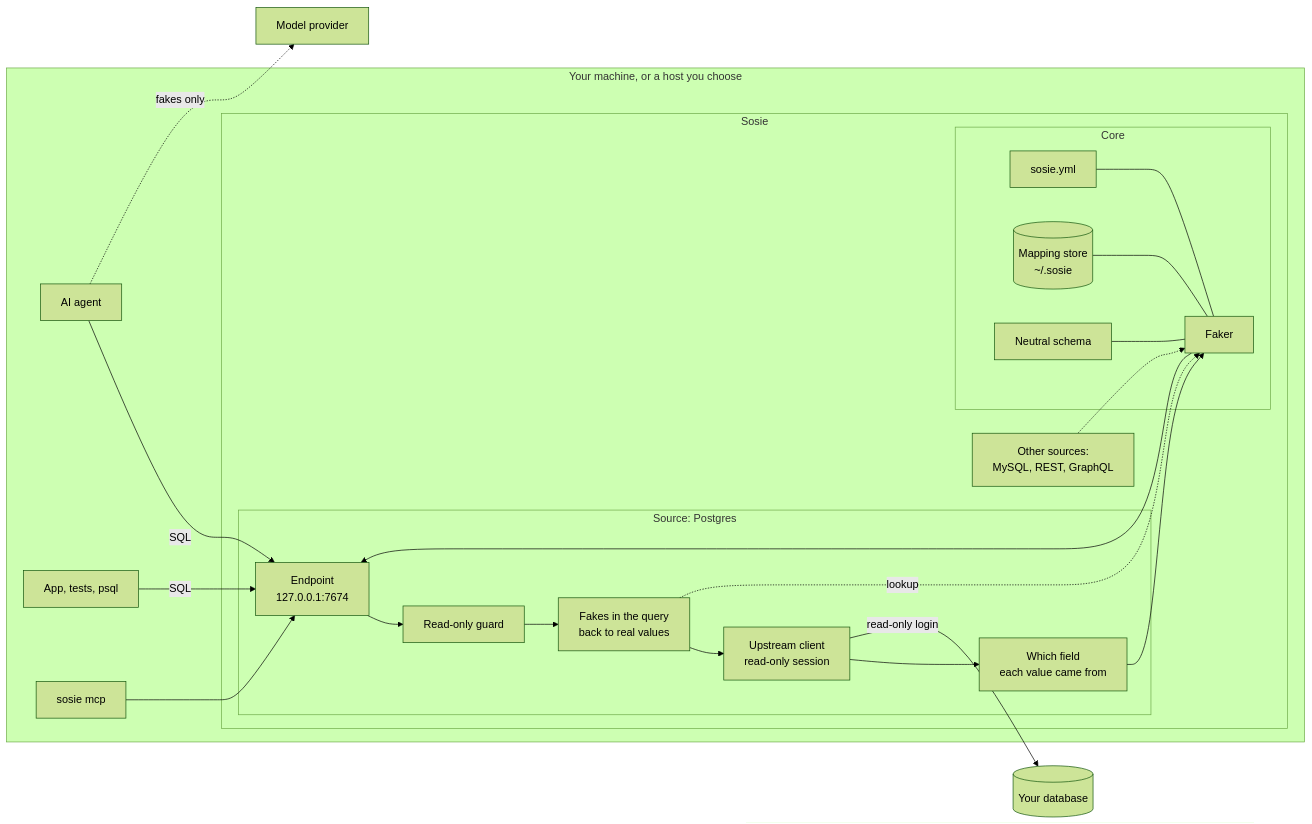
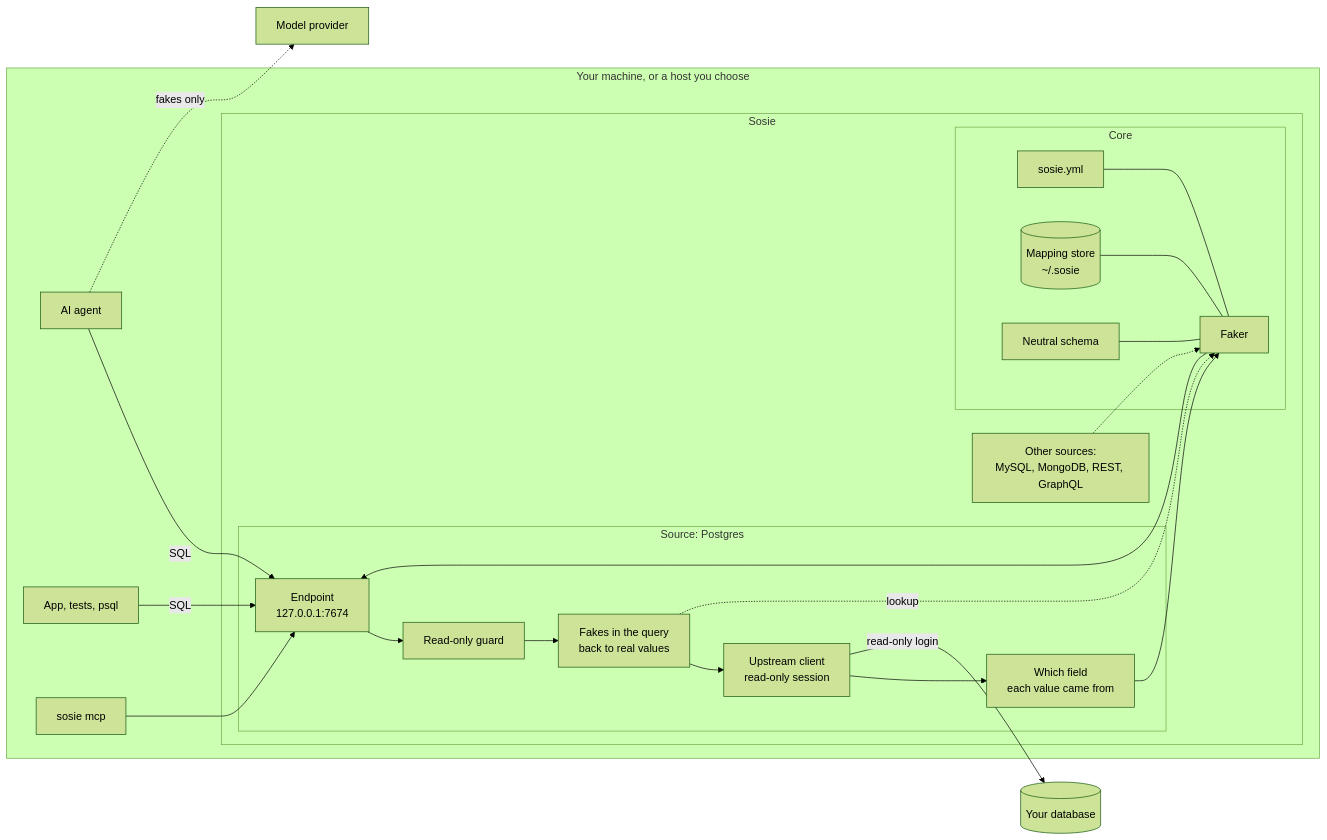
Before and after one commit to monkilabs/sosie: the first of 2 diagrams in docs/hld.md, drawn with Mermaid (forest theme). The commit also changed other lines of this file, not shown here.

First line of the commit message:
docs(hld): MySQL and MongoDB among the sources, and what is tested

````diff
--- a/docs/hld.md
+++ b/docs/hld.md
@@ -56,28 +56,28 @@
 ```mermaid
 flowchart LR
   subgraph host["Your machine, or a host you choose"]
     agent["AI agent"] -->|SQL| endpoint
     app["App, tests, psql"] -->|SQL| endpoint
     mcp["sosie mcp"] --> endpoint
     subgraph sosie["Sosie"]
       subgraph pg["Source: Postgres"]
         endpoint["Endpoint<br/>127.0.0.1:7674"] --> guard["Read-only guard"]
         guard --> rewrite["Fakes in the query<br/>back to real values"]
         rewrite --> upstream["Upstream client<br/>read-only session"]
         upstream --> results["Which field<br/>each value came from"]
       end
       subgraph core["Core"]
         faker["Faker"]
         rules["sosie.yml"] --- faker
         store[("Mapping store<br/>~/.sosie")] --- faker
         schema["Neutral schema"] --- faker
       end
       results --> faker
       rewrite -. lookup .-> faker
       faker --> endpoint
-      later["Other sources:<br/>MySQL, REST, GraphQL"] -.-> faker
+      later["Other sources:<br/>MySQL, MongoDB, REST, GraphQL"] -.-> faker
     end
   end
   upstream -->|read-only login| db[("Your database")]
   agent -.->|fakes only| model["Model provider"]
 ```
````
